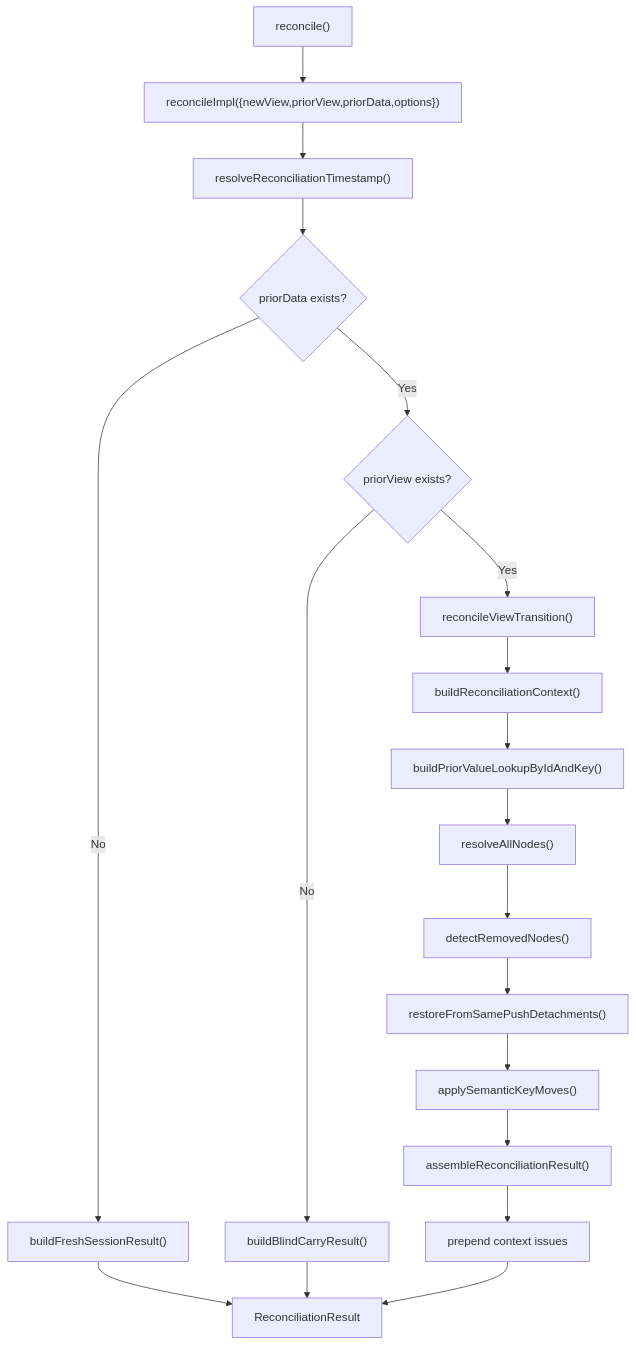
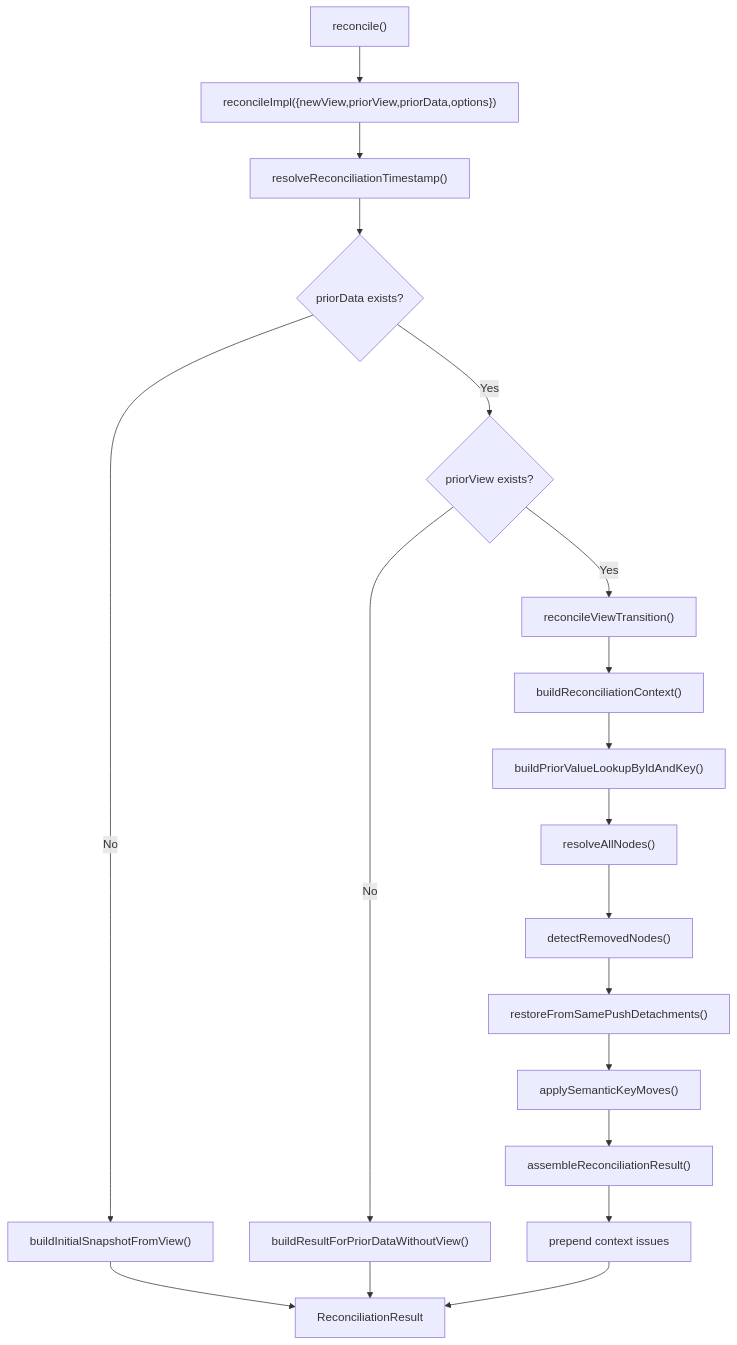
The diagram in packages/runtime/src/lib/reconcile/README.md (brytoncooper/continuum-dev), drawn with Mermaid before and after one commit. The commit also changed other lines of this file and 26 other files, not shown here.

````diff
--- a/packages/runtime/src/lib/reconcile/README.md
+++ b/packages/runtime/src/lib/reconcile/README.md
@@ -67,24 +63,24 @@
 ```mermaid
 flowchart TD
   reconcileEntry["reconcile()"] --> reconcileImpl["reconcileImpl({newView,priorView,priorData,options})"]
   reconcileImpl --> resolveTime["resolveReconciliationTimestamp()"]
 
   resolveTime --> hasPriorData{"priorData exists?"}
-  hasPriorData -- "No" --> freshBranch["buildFreshSessionResult()"]
+  hasPriorData -- "No" --> freshBranch["buildInitialSnapshotFromView()"]
   hasPriorData -- "Yes" --> hasPriorView{"priorView exists?"}
-  hasPriorView -- "No" --> blindBranch["buildBlindCarryResult()"]
+  hasPriorView -- "No" --> blindBranch["buildResultForPriorDataWithoutView()"]
   hasPriorView -- "Yes" --> transitionBranch["reconcileViewTransition()"]
 
   transitionBranch --> buildContext["buildReconciliationContext()"]
   buildContext --> buildLookup["buildPriorValueLookupByIdAndKey()"]
   buildLookup --> resolveNodes["resolveAllNodes()"]
   resolveNodes --> detectRemoved["detectRemovedNodes()"]
   detectRemoved --> restoreSamePush["restoreFromSamePushDetachments()"]
   restoreSamePush --> applySemanticMoves["applySemanticKeyMoves()"]
   applySemanticMoves --> assembleResult["assembleReconciliationResult()"]
   assembleResult --> prependIssues["prepend context issues"]
   prependIssues --> finalResult["ReconciliationResult"]
 
   freshBranch --> finalResult
   blindBranch --> finalResult
 ```
````
